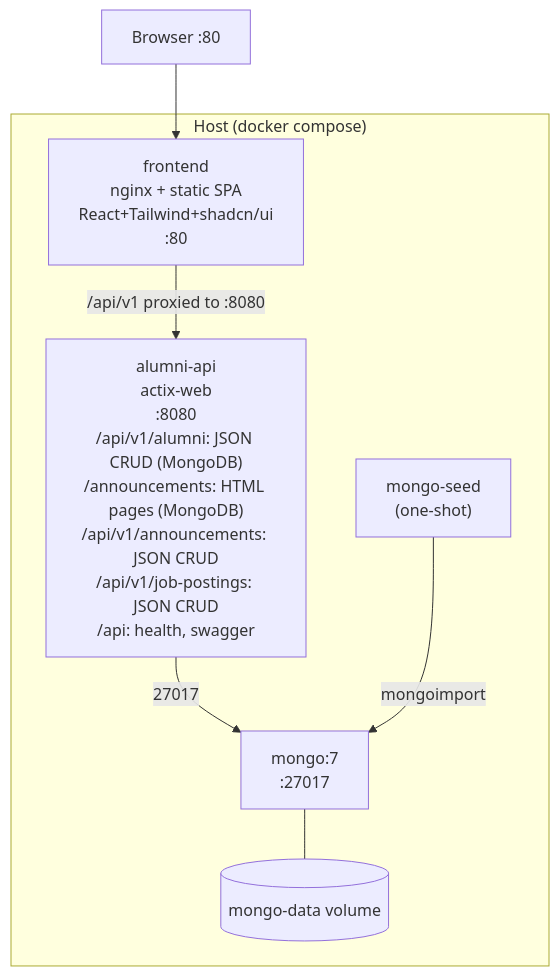
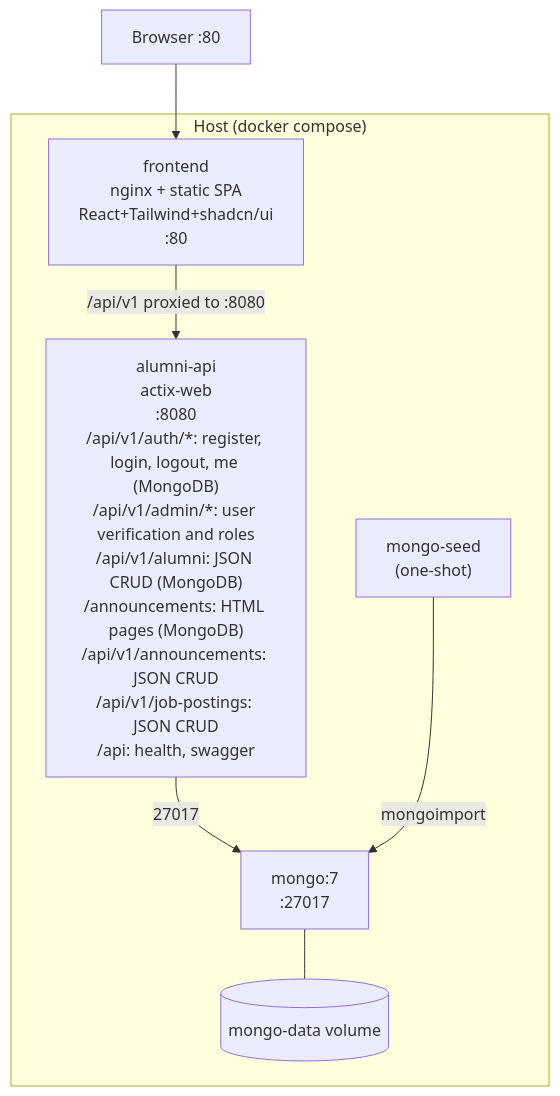
The diagram in docs/architecture/container.mmd (Berbadov/alumni), drawn with Mermaid before and after one commit. The commit also changed 47 other files, not shown here.

Commit message:
feat: add auth, admin verification, role-based navigation, and user pages

```diff
--- a/docs/architecture/container.mmd
+++ b/docs/architecture/container.mmd
@@ -1,15 +1,15 @@
 %% Docker compose containers, ports and volumes
 flowchart TB
     subgraph Host["Host (docker compose)"]
         FE["frontend\nnginx + static SPA\nReact+Tailwind+shadcn/ui\n:80"]
-        API["alumni-api\nactix-web\n:8080\n/api/v1/alumni: JSON CRUD (MongoDB)\n/announcements: HTML pages (MongoDB)\n/api/v1/announcements: JSON CRUD\n/api/v1/job-postings: JSON CRUD\n/api: health, swagger"]
+        API["alumni-api\nactix-web\n:8080\n/api/v1/auth/*: register, login, logout, me (MongoDB)\n/api/v1/admin/*: user verification and roles\n/api/v1/alumni: JSON CRUD (MongoDB)\n/announcements: HTML pages (MongoDB)\n/api/v1/announcements: JSON CRUD\n/api/v1/job-postings: JSON CRUD\n/api: health, swagger"]
         Seed["mongo-seed\n(one-shot)"]
         DB["mongo:7\n:27017"]
         Vol[("mongo-data volume")]
     end
 
     Browser["Browser :80"] --> FE
     FE -->|"/api/v1 proxied to :8080"| API
     API -->|27017| DB
     Seed -->|mongoimport| DB
     DB --- Vol
```
